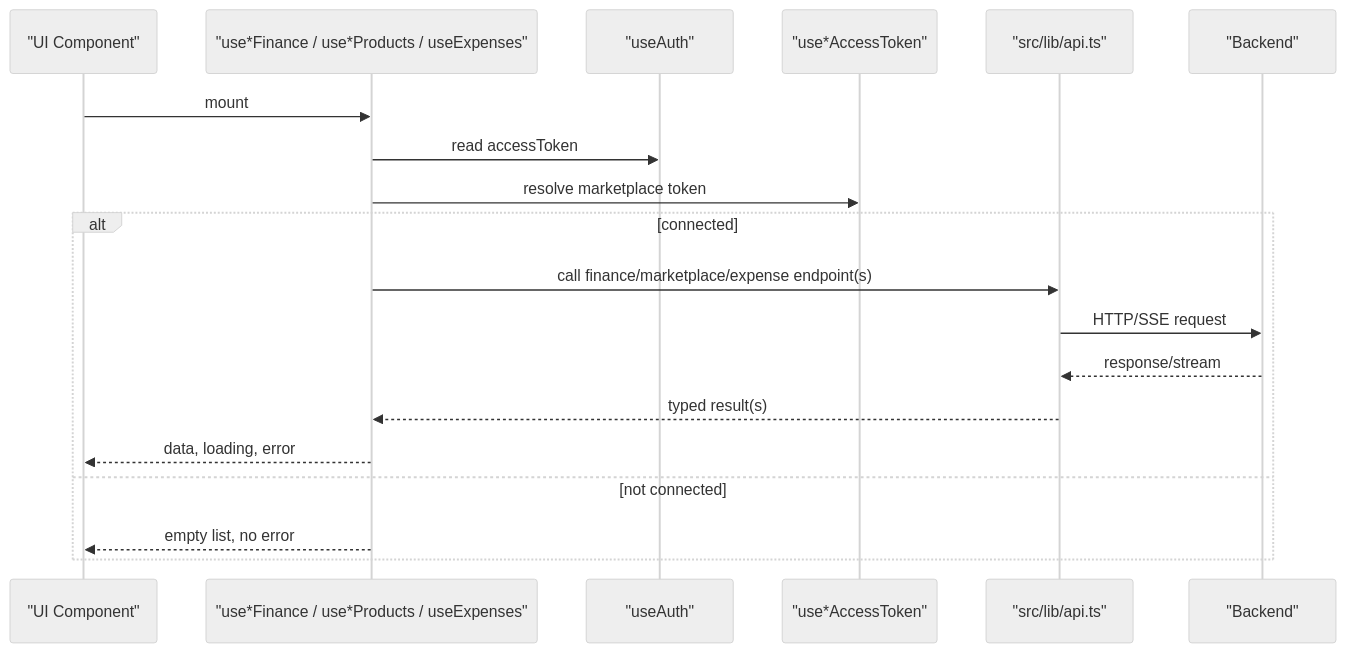
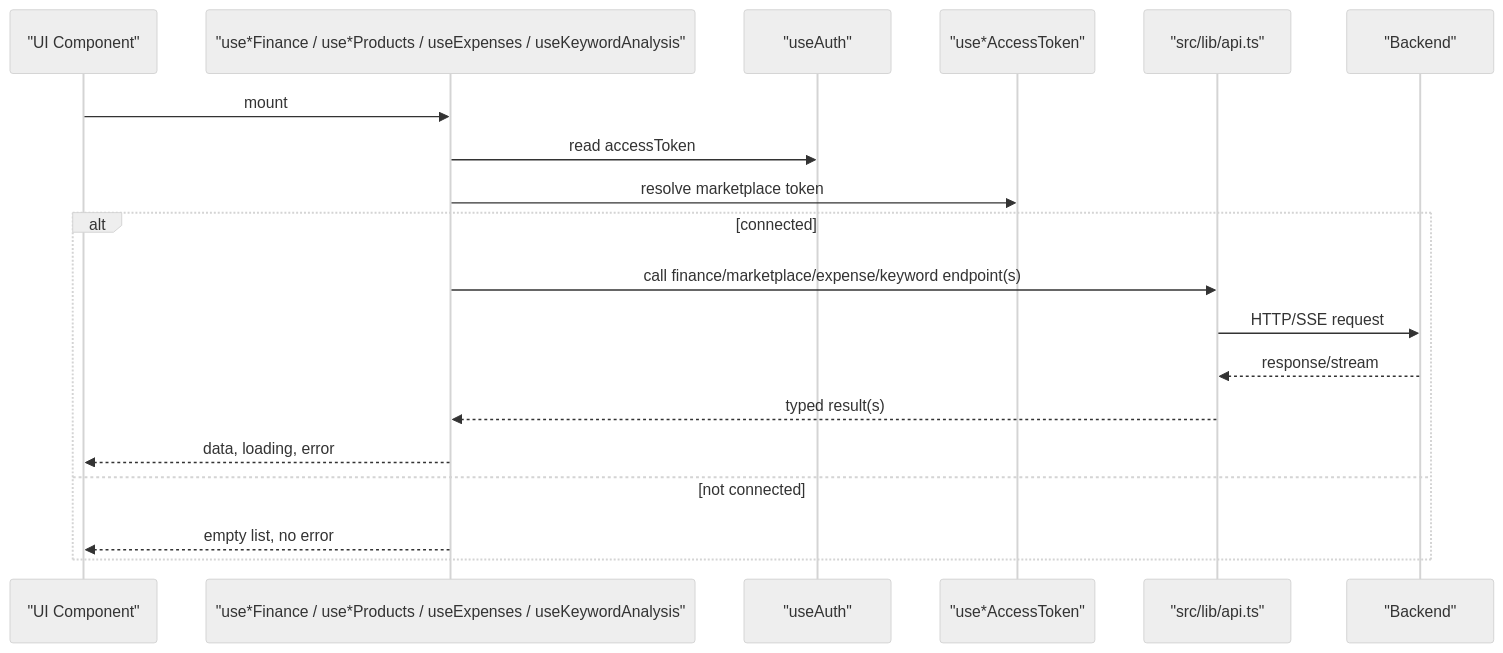
One commit to Muhammad-Masood/tijarah-ai-app changed the second of 6 diagrams in .qoder/repowiki/en/content/API Integration.md. Above: the diagram before and after it, drawn with Mermaid (neutral theme). The commit also changed other lines of this file and 3 other files, not shown here.

````diff
--- a/.qoder/repowiki/en/content/API Integration.md
+++ b/.qoder/repowiki/en/content/API Integration.md
@@ -167,21 +188,21 @@
 ```mermaid
 sequenceDiagram
 participant UI as "UI Component"
-participant Hook as "use*Finance / use*Products / useExpenses"
+participant Hook as "use*Finance / use*Products / useExpenses / useKeywordAnalysis"
 participant Auth as "useAuth"
 participant Conn as "use*AccessToken"
 participant API as "src/lib/api.ts"
 participant Backend as "Backend"
 UI->>Hook : mount
 Hook->>Auth : read accessToken
 Hook->>Conn : resolve marketplace token
 alt connected
-Hook->>API : call finance/marketplace/expense endpoint(s)
+Hook->>API : call finance/marketplace/expense/keyword endpoint(s)
 API->>Backend : HTTP/SSE request
 Backend-->>API : response/stream
 API-->>Hook : typed result(s)
 Hook-->>UI : data, loading, error
 else not connected
 Hook-->>UI : empty list, no error
 end
 ```
````
